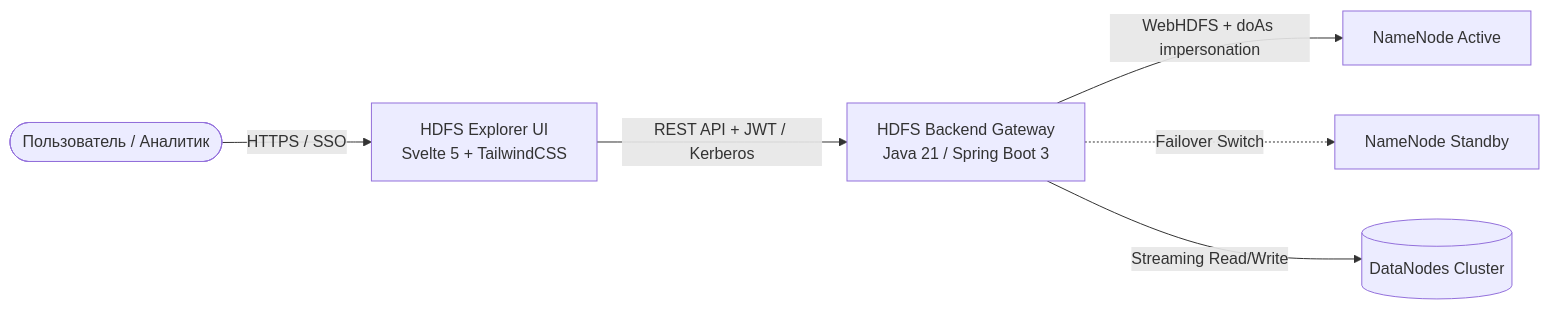
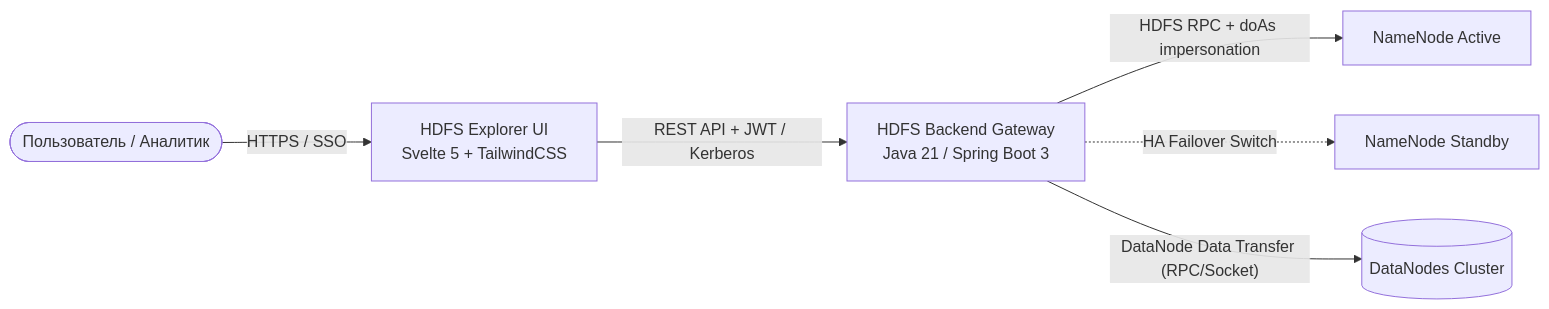
Before and after one commit to balookrd/hadoop-explorer: the first of 2 diagrams in docs/hdfs-user-guide.md, drawn with Mermaid. The commit also changed other lines of this file and 6 other files, not shown here.

````diff
--- a/docs/hdfs-user-guide.md
+++ b/docs/hdfs-user-guide.md
@@ -48,8 +48,8 @@
 ```mermaid
 graph LR
     User(["Пользователь / Аналитик"]) -->|"HTTPS / SSO"| Frontend["HDFS Explorer UI\nSvelte 5 + TailwindCSS"]
     Frontend -->|"REST API + JWT / Kerberos"| Gateway["HDFS Backend Gateway\nJava 21 / Spring Boot 3"]
-    Gateway -->|"WebHDFS + doAs impersonation"| NameNodeActive["NameNode Active"]
-    Gateway -.->|"Failover Switch"| NameNodeStandby["NameNode Standby"]
-    Gateway -->|"Streaming Read/Write"| DataNodes[("DataNodes Cluster")]
+    Gateway -->|"HDFS RPC + doAs impersonation"| NameNodeActive["NameNode Active"]
+    Gateway -.->|"HA Failover Switch"| NameNodeStandby["NameNode Standby"]
+    Gateway -->|"DataNode Data Transfer (RPC/Socket)"| DataNodes[("DataNodes Cluster")]
 ```
````
